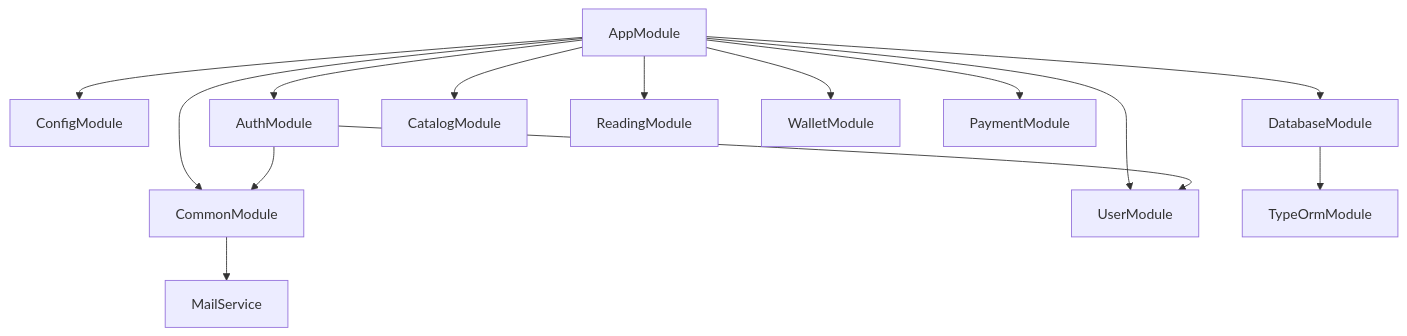
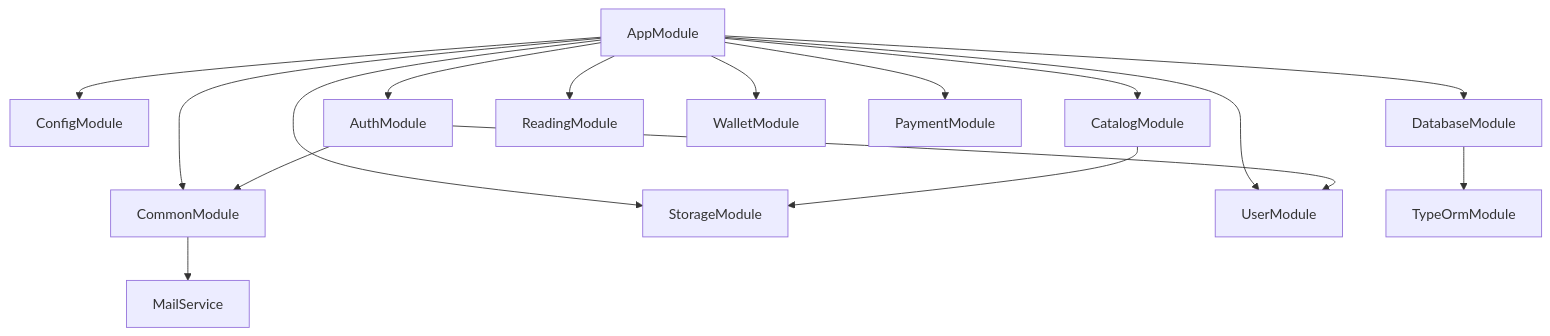
The first of 5 diagrams in README.md (krishnasaw8340/secure-ebook-api), drawn with Mermaid before and after one commit. The commit also changed other lines of this file, not shown here.

````diff
--- a/README.md
+++ b/README.md
@@ -70,17 +71,19 @@
 ```mermaid
 graph TD
     AppModule --> ConfigModule
     AppModule --> DatabaseModule
     AppModule --> CommonModule
+    AppModule --> StorageModule
     AppModule --> AuthModule
     AppModule --> UserModule
     AppModule --> CatalogModule
     AppModule --> ReadingModule
     AppModule --> WalletModule
     AppModule --> PaymentModule
 
     AuthModule --> UserModule
     AuthModule --> CommonModule
+    CatalogModule --> StorageModule
     CommonModule --> MailService
     DatabaseModule --> TypeOrmModule
 ```
````
